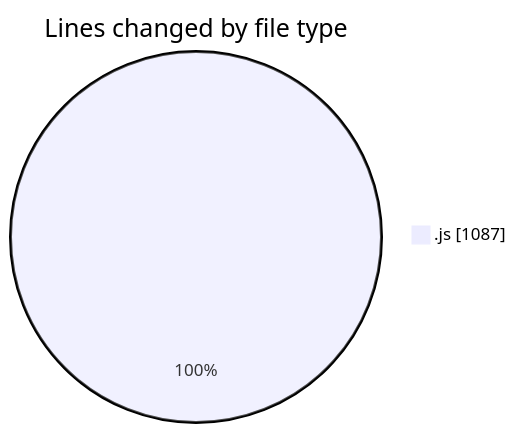
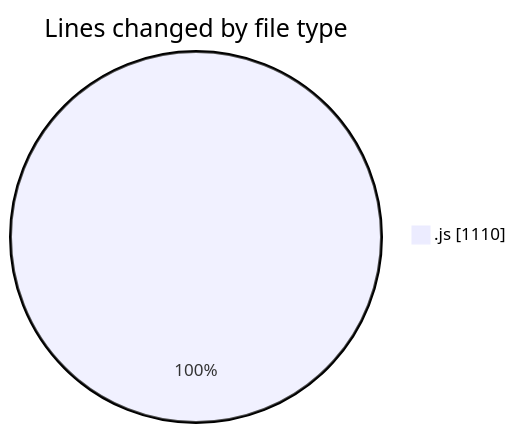
Before and after one commit to BS-eng2023/code-tracking: the first of 2 diagrams in 2025-03-31/jsvms/README.md, drawn with Mermaid. The commit also changed other lines of this file and 1 other file, not shown here.

````diff
--- a/2025-03-31/jsvms/README.md
+++ b/2025-03-31/jsvms/README.md
@@ -32,5 +32,5 @@
 ```mermaid
 pie showData
 title Lines changed by file type
-".js" : 1087
+".js" : 1110
 ```
````
